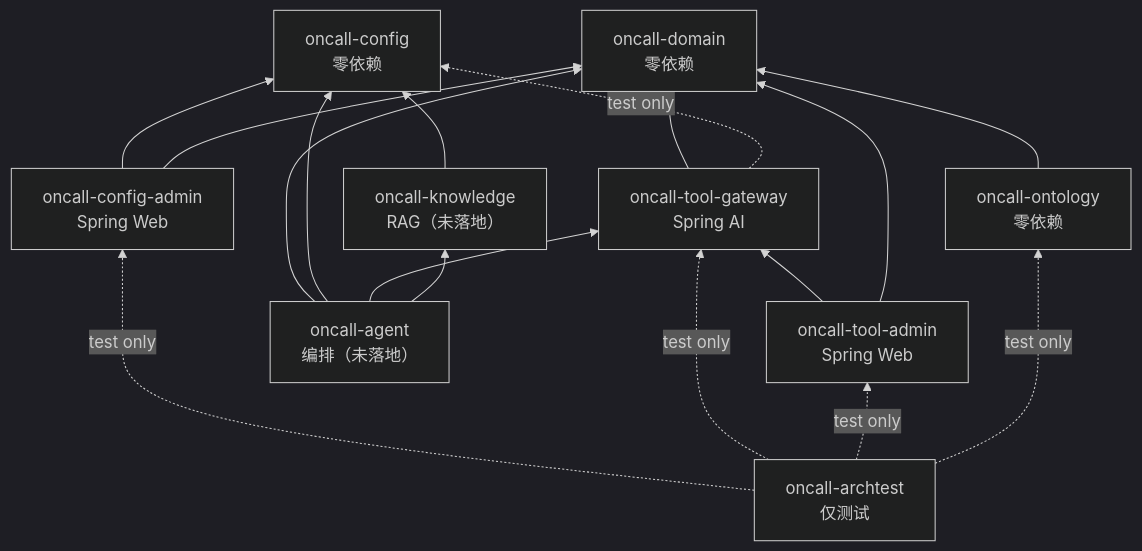
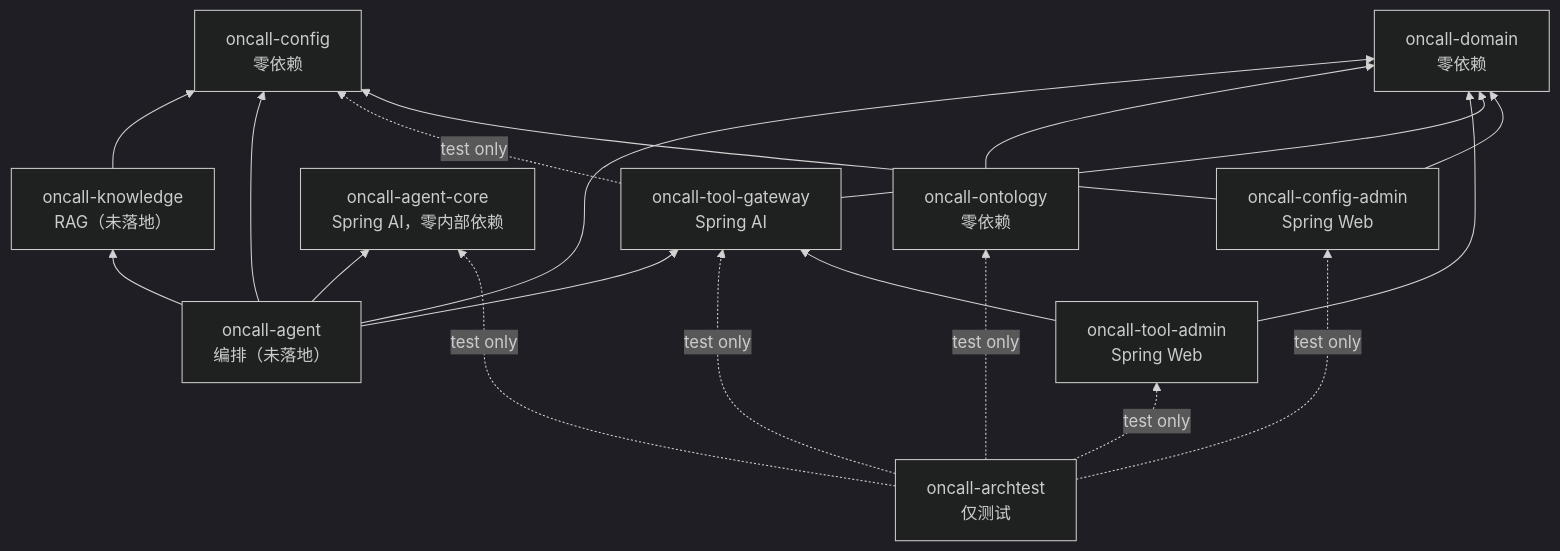
One commit to tough723/-agent- changed the sixth of 6 diagrams in 2.项目整体架构和技术栈选型分析设计文档.md. Above: the diagram before and after it, drawn with Mermaid (dark theme). The commit also changed other lines of this file and 7 other files, not shown here.

````diff
--- a/2.项目整体架构和技术栈选型分析设计文档.md
+++ b/2.项目整体架构和技术栈选型分析设计文档.md
@@ -334,23 +335,24 @@
 ```mermaid
 flowchart BT
     D["oncall-domain<br/>零依赖"]
     C["oncall-config<br/>零依赖"]
     CA["oncall-config-admin<br/>Spring Web"]
     TG["oncall-tool-gateway<br/>Spring AI"]
     TA["oncall-tool-admin<br/>Spring Web"]
+    AC["oncall-agent-core<br/>Spring AI，零内部依赖"]
     ON["oncall-ontology<br/>零依赖"]
     AT["oncall-archtest<br/>仅测试"]
     AG["oncall-agent<br/>编排（未落地）"]
     KN["oncall-knowledge<br/>RAG（未落地）"]
 
     CA --> C
     CA --> D
     TG --> D
     TG -.test only.-> C
     TA --> TG
     TA --> D
     ON --> D
-    AT -.test only.-> CA & TG & TA & ON
-    AG --> D & C & TG & KN
+    AT -.test only.-> CA & TG & TA & AC & ON
+    AG --> D & C & TG & AC & KN
     KN --> C
 ```
````
